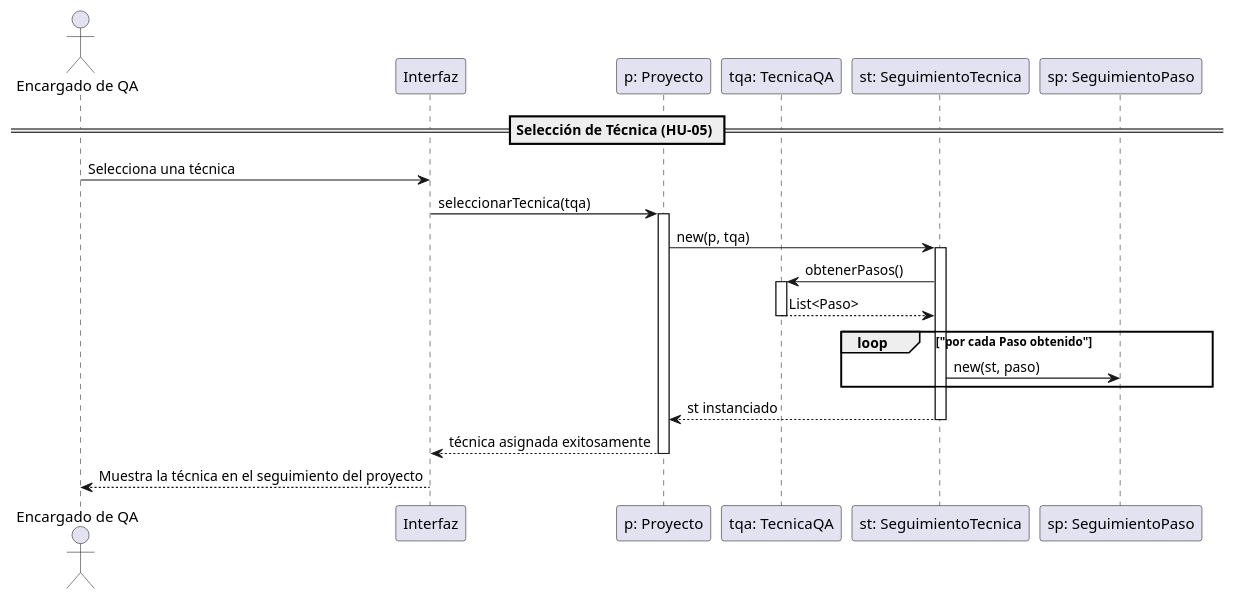
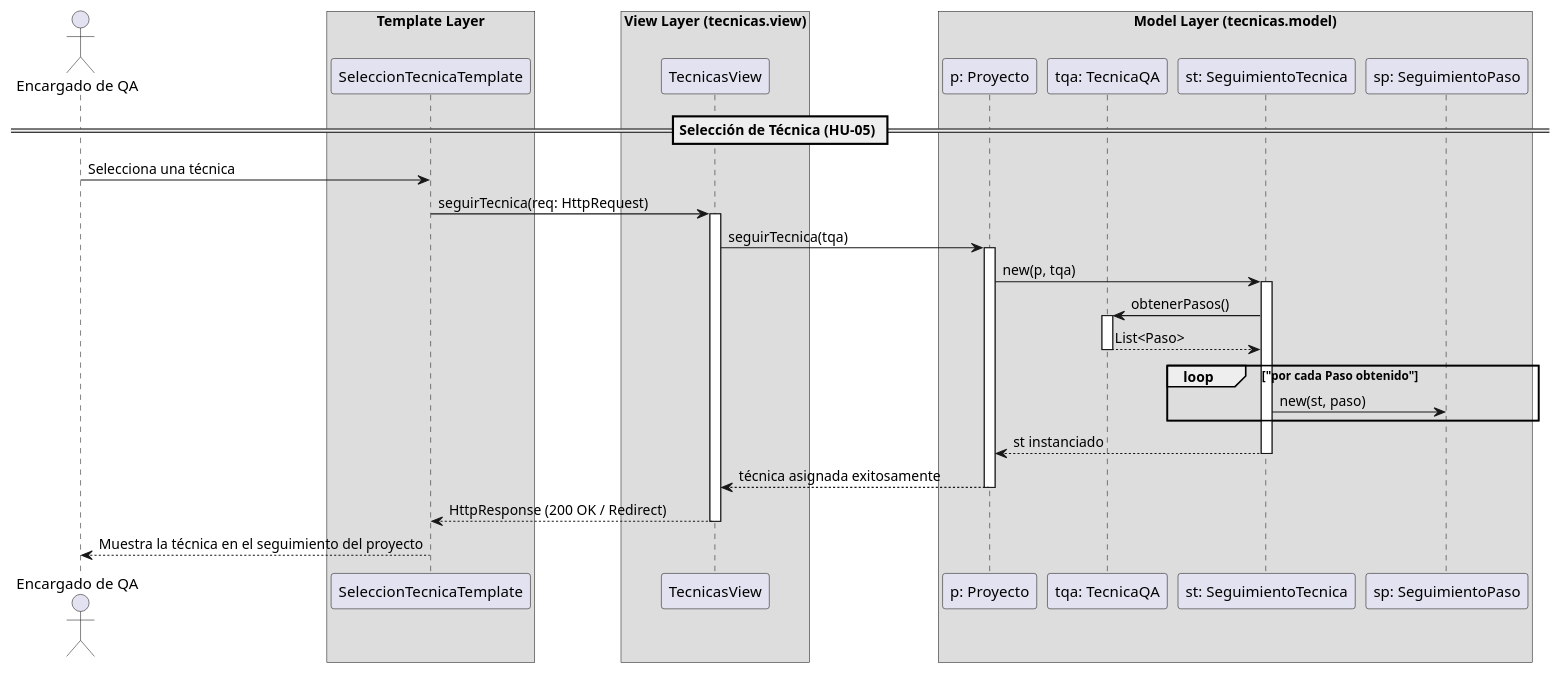
Before and after one commit to Josgtg/QA-Admin: the diagram in diagrams/hu5_secuencia.puml, drawn with PlantUML. The commit also changed 1 other file, not shown here.

Commit message:
Diagramas del HU5 corregidos

```diff
--- a/diagrams/hu5_secuencia.puml
+++ b/diagrams/hu5_secuencia.puml
@@ -1,37 +1,54 @@
 @startuml
 skinparam shadowing false
 skinparam responseMessageBelowArrow true
 
 actor "Encargado de QA" as Encargado
-participant "Interfaz" as UI
+
+box "Template Layer"
+participant "SeleccionTecnicaTemplate" as UI
+end box
+
+box "View Layer (tecnicas.view)"
+participant "TecnicasView" as View
+end box
+
+box "Model Layer (tecnicas.model)"
 participant "p: Proyecto" as Proyecto
 participant "tqa: TecnicaQA" as Tecnica
 participant "st: SeguimientoTecnica" as SegTecnica
 participant "sp: SeguimientoPaso" as SegPaso
+end box
 
 == Selección de Técnica (HU-05) ==
 
 Encargado -> UI: Selecciona una técnica
-UI -> Proyecto: seleccionarTecnica(tqa)
+UI -> View: seguirTecnica(req: HttpRequest)
+activate View
+
+View -> Proyecto: seguirTecnica(tqa)
 activate Proyecto
 
 Proyecto -> SegTecnica: new(p, tqa)
 activate SegTecnica
 
 SegTecnica -> Tecnica: obtenerPasos()
 activate Tecnica
 Tecnica --> SegTecnica: List<Paso>
 deactivate Tecnica
 
 loop "por cada Paso obtenido"
     SegTecnica -> SegPaso: new(st, paso)
 end
 
 SegTecnica --> Proyecto: st instanciado
 deactivate SegTecnica
 
-Proyecto --> UI: técnica asignada exitosamente
+Proyecto --> View: técnica asignada exitosamente
 deactivate Proyecto
+
+View --> UI: HttpResponse (200 OK / Redirect)
+deactivate View
+
 UI --> Encargado: Muestra la técnica en el seguimiento del proyecto
 
 @enduml
```
